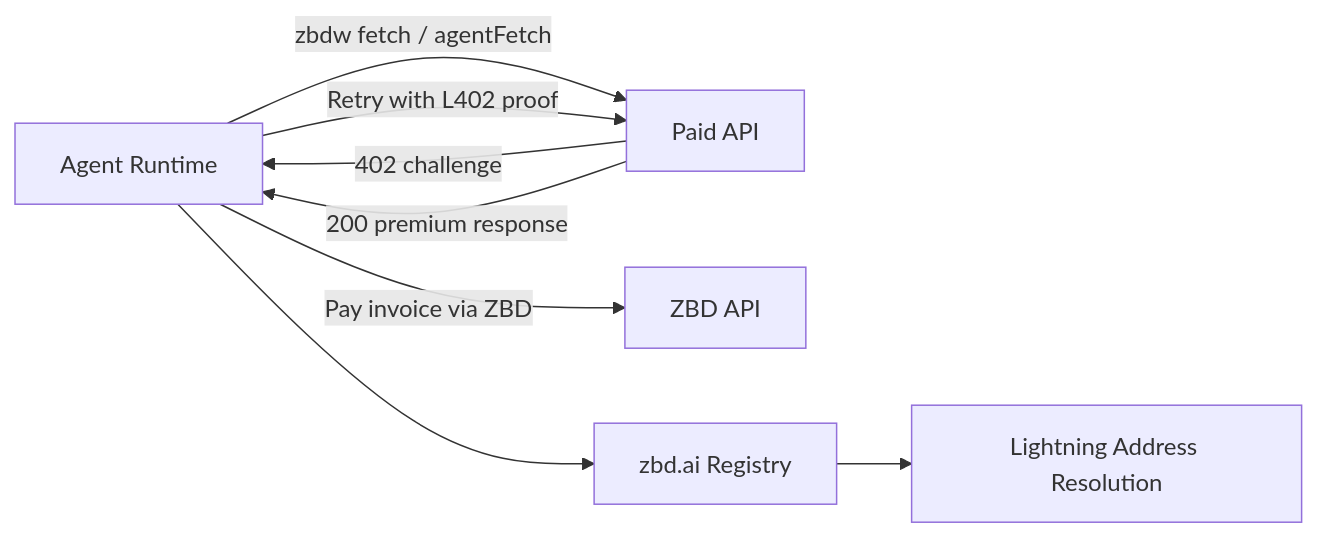
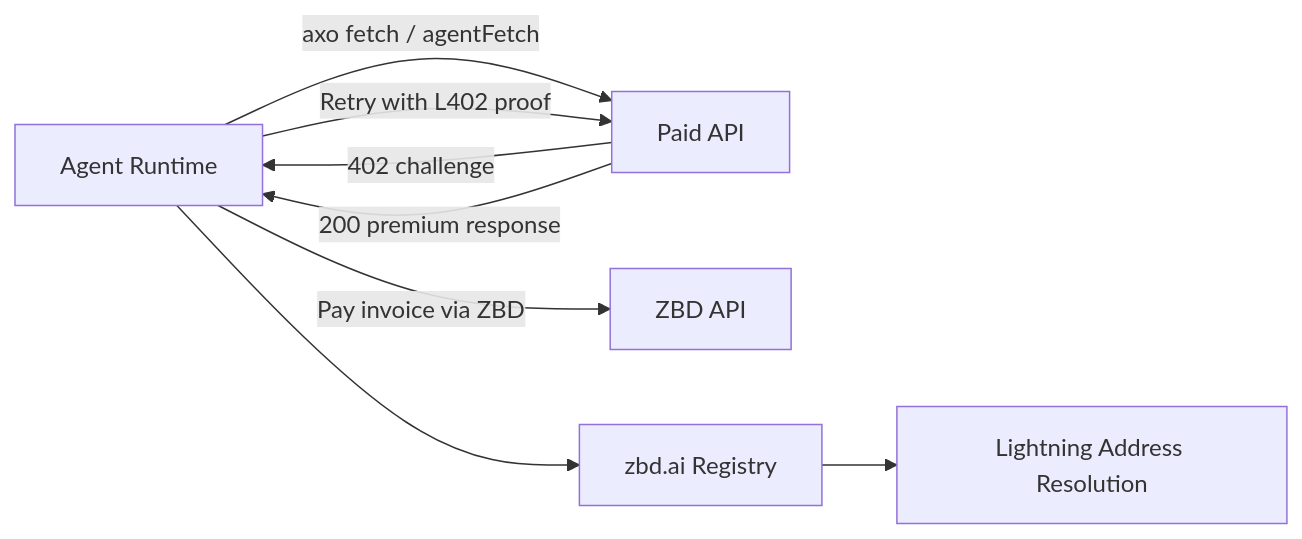
The diagram in agents/architecture.mdx (zbdpay/zbd-docs), drawn with Mermaid before and after one commit. The commit also changed other lines of this file and 17 other files, not shown here.

````diff
--- a/agents/architecture.mdx
+++ b/agents/architecture.mdx
@@ -8,11 +8,11 @@
 ```mermaid
 graph LR
-    A[Agent Runtime] -->|zbdw fetch / agentFetch| B[Paid API]
+    A[Agent Runtime] -->|axo fetch / agentFetch| B[Paid API]
     B -->|402 challenge| A
     A -->|Pay invoice via ZBD| C[ZBD API]
     A -->|Retry with L402 proof| B
     B -->|200 premium response| A
 
     A --> D[zbd.ai Registry]
     D --> E[Lightning Address Resolution]
 ```
````
